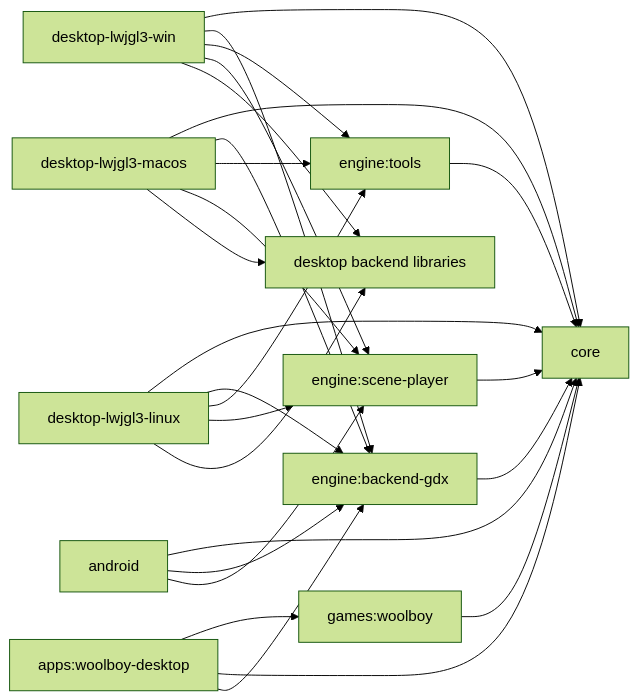
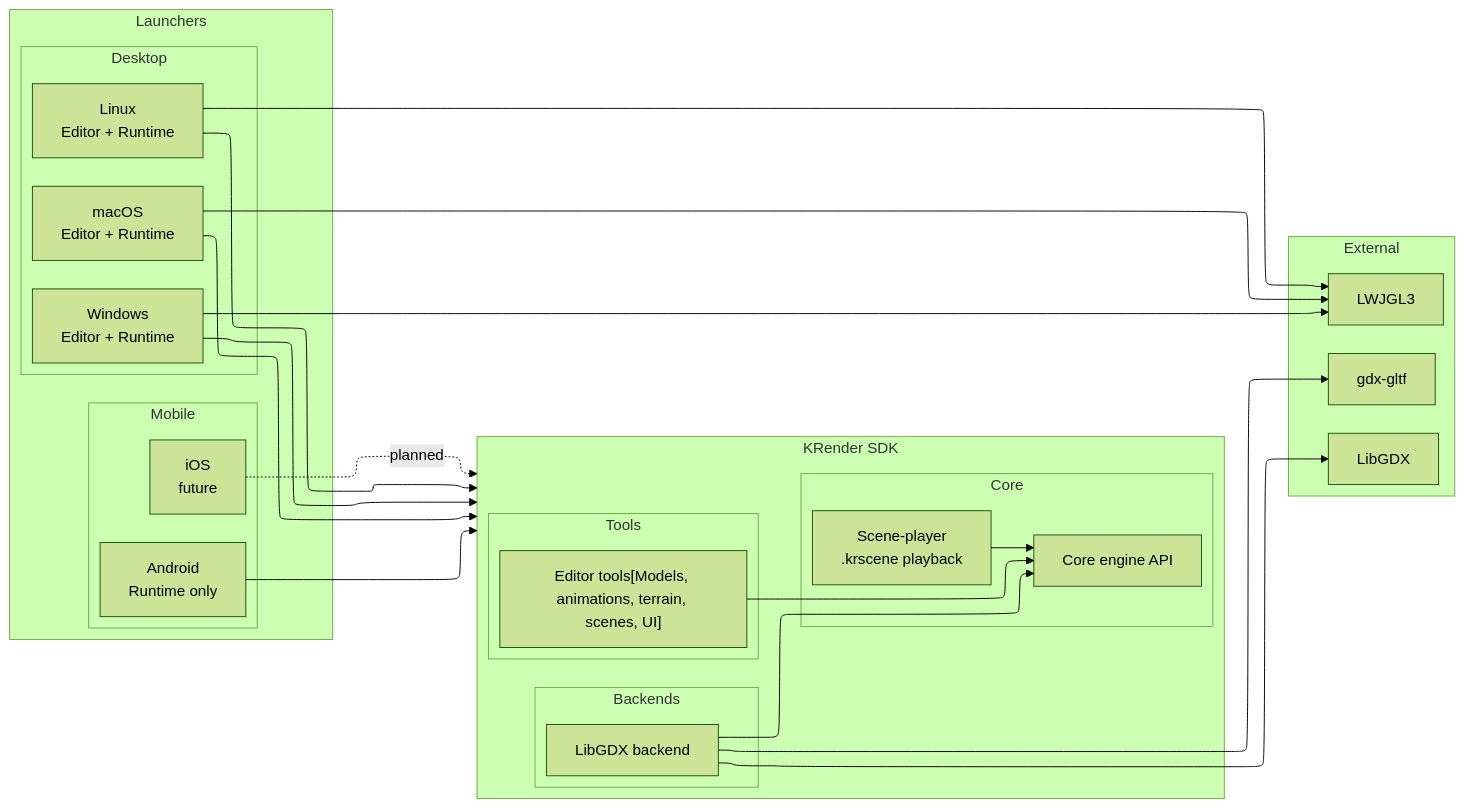
The diagram in README.md (Dmytro-Pashko/KRender), drawn with Mermaid (forest theme) before and after one commit. The commit also changed other lines of this file and 5 other files, not shown here.

Commit message:
Updated structure of docs, simplified Readme.md, created git-flow.md, architecture.md, ai-integration.md

````diff
--- a/README.md
+++ b/README.md
@@ -110,29 +44,51 @@
 ```mermaid
+---
+config:
+  layout: elk
+---
 flowchart LR
-    Core["core"]
-    BackendGdx["engine:backend-gdx"] --> Core
-    Tools["engine:tools"] --> Core
-    ScenePlayer["engine:scene-player"] --> Core
-    DesktopWin["desktop-lwjgl3-win"] --> Core
-    DesktopWin --> BackendGdx
-    DesktopWin --> Tools
-    DesktopWin --> ScenePlayer
-    DesktopMac["desktop-lwjgl3-macos"] --> Core
-    DesktopMac --> BackendGdx
-    DesktopMac --> Tools
-    DesktopMac --> ScenePlayer
-    DesktopLinux["desktop-lwjgl3-linux"] --> Core
-    DesktopLinux --> BackendGdx
-    DesktopLinux --> Tools
-    DesktopLinux --> ScenePlayer
-    DesktopWin --> DesktopBackend["desktop backend libraries"]
-    DesktopMac --> DesktopBackend
-    DesktopLinux --> DesktopBackend
-    Android["android"] --> Core
-    Android --> BackendGdx
-    Android --> ScenePlayer
-    Woolboy["games:woolboy"] --> Core
-    WoolboyDesktop["apps:woolboy-desktop"] --> Woolboy
-    WoolboyDesktop --> Core
-    WoolboyDesktop --> BackendGdx
+    subgraph Desktop["Desktop"]
+        Win["Windows\nEditor + Runtime"]
+        Mac["macOS\nEditor + Runtime"]
+        Linux["Linux\nEditor + Runtime"]
+    end
+    subgraph Mobile["Mobile"]
+        Android["Android\nRuntime only"]
+        IOS["iOS\nfuture"]
+    end
+    subgraph Launchers["Launchers"]
+        direction TB
+        Desktop
+        Mobile
+    end
+    subgraph RuntimeCore["Core"]
+        Core["Core engine API"]
+        ScenePlayer["Scene-player\n.krscene playback"]
+    end
+    subgraph SDKTools["Tools"]
+        Tools["Editor tools[Models, animations, terrain, scenes, UI]"]
+    end
+    subgraph BackendComponent["Backends"]
+        Backend["LibGDX backend"]
+    end
+    subgraph SDK["KRender SDK"]
+        BackendComponent
+        RuntimeCore
+        SDKTools
+
+    end
+    subgraph External["External"]
+        LibGDX["LibGDX"]
+        GLTF["gdx-gltf"]
+        LWJGL["LWJGL3"]
+    end
+    Win --> SDK & LWJGL
+    Mac --> SDK & LWJGL
+    Linux --> SDK & LWJGL
+    Android --> SDK
+    IOS -. planned .-> SDK
+    Backend --> Core & GLTF
+    ScenePlayer --> Core
+    Tools --> Core
+    Backend --> LibGDX
 ```
````
